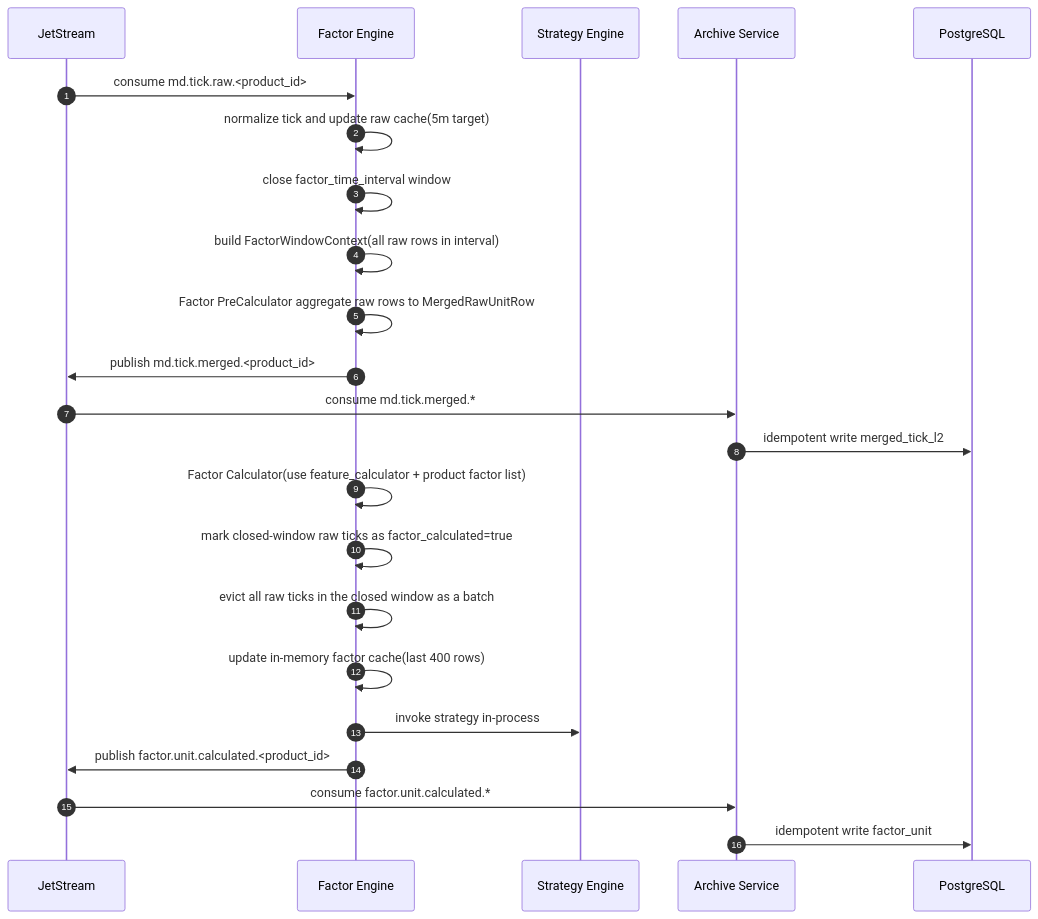
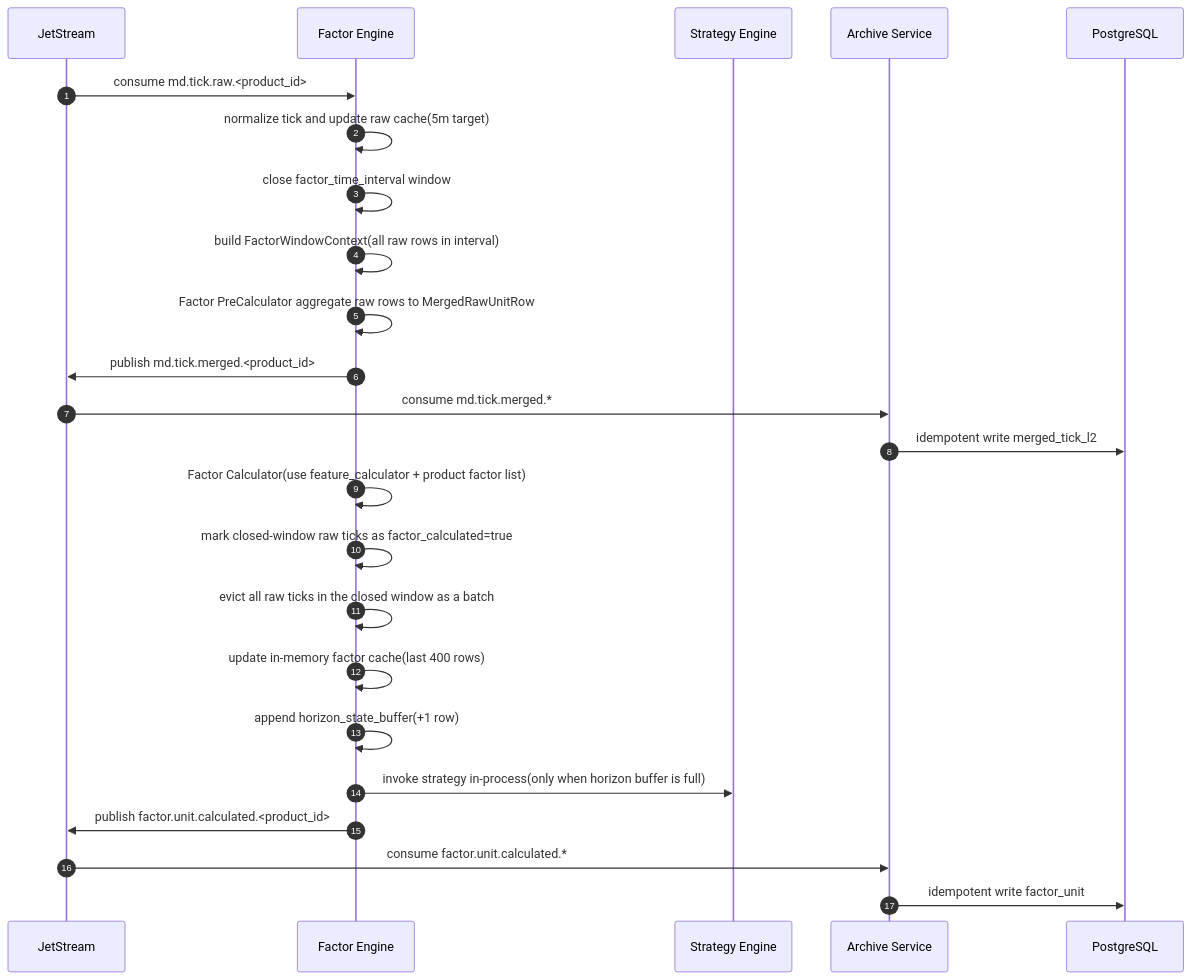
Before and after one commit to lancewliang/vnpy_hft: the second of 2 diagrams in docs/design/02_factor_engine_technical_design.md, drawn with Mermaid. The commit also changed other lines of this file and 3 other files, not shown here.

````diff
--- a/docs/design/02_factor_engine_technical_design.md
+++ b/docs/design/02_factor_engine_technical_design.md
@@ -437,26 +438,27 @@
 ```mermaid
 sequenceDiagram
     autonumber
     participant MQ as JetStream
     participant FE as Factor Engine
     participant SE as Strategy Engine
     participant AS as Archive Service
     participant PG as PostgreSQL
 
     MQ->>FE: consume md.tick.raw.<product_id>
     FE->>FE: normalize tick and update raw cache(5m target)
     FE->>FE: close factor_time_interval window
     FE->>FE: build FactorWindowContext(all raw rows in interval)
     FE->>FE: Factor PreCalculator aggregate raw rows to MergedRawUnitRow
     FE->>MQ: publish md.tick.merged.<product_id>
     MQ->>AS: consume md.tick.merged.*
     AS->>PG: idempotent write merged_tick_l2
     FE->>FE: Factor Calculator(use feature_calculator + product factor list)
     FE->>FE: mark closed-window raw ticks as factor_calculated=true
     FE->>FE: evict all raw ticks in the closed window as a batch
     FE->>FE: update in-memory factor cache(last 400 rows)
-    FE->>SE: invoke strategy in-process
+    FE->>FE: append horizon_state_buffer(+1 row)
+    FE->>SE: invoke strategy in-process(only when horizon buffer is full)
     FE->>MQ: publish factor.unit.calculated.<product_id>
     MQ->>AS: consume factor.unit.calculated.*
     AS->>PG: idempotent write factor_unit
 ```
````
